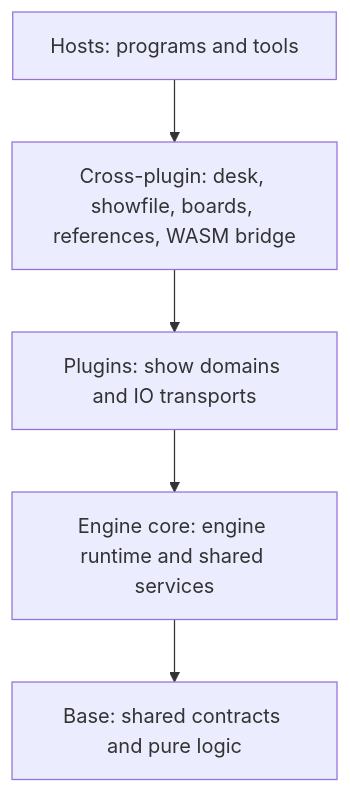
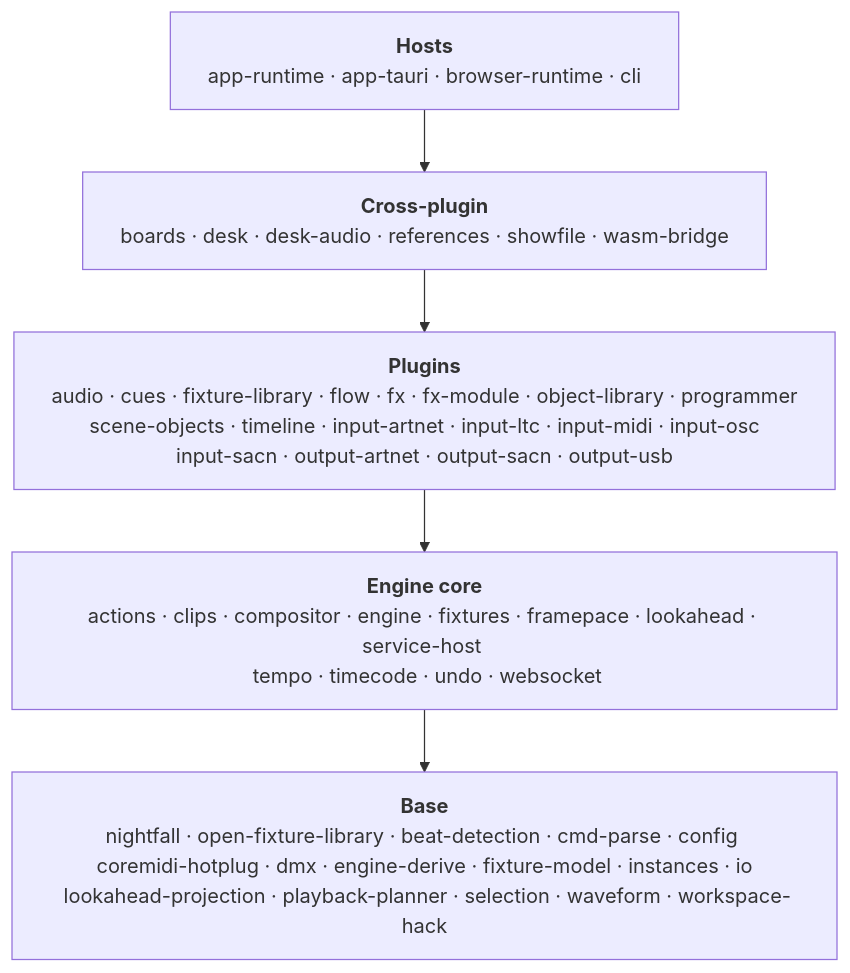
Before and after one commit to stewartadam/nightfall-lightdesk: the diagram in docs/internal/src/architecture/crate-map.md, drawn with Mermaid. The commit also changed other lines of this file, not shown here.

First line of the commit message:
docs(developer-guide): list crates in the crate layers diagram

````diff
--- a/docs/internal/src/architecture/crate-map.md
+++ b/docs/internal/src/architecture/crate-map.md
@@ -16,11 +13,16 @@
 ```mermaid
+---
+config:
+  flowchart:
+    wrappingWidth: 600
+---
 flowchart TB
-  accTitle: Crate layers and allowed dependencies
-  accDescr: Host crates may depend on cross-plugin crates, which may depend on plugin crates, which may depend on engine core crates, which may depend on base crates. Each layer may also depend on any layer further down. Plugin crates may not depend on other plugin crates.
-  hosts[Hosts: programs and tools]
-  crossPlugin[Cross-plugin: desk, showfile, boards, references, WASM bridge]
-  plugins[Plugins: show domains and IO transports]
-  engineCore[Engine core: engine runtime and shared services]
-  base[Base: shared contracts and pure logic]
+  accTitle: Crate layers, their crates, and allowed dependencies
+  accDescr: Five layers from hosts down to base, each listing its crates. Each layer may depend on any layer below it. Plugin crates may not depend on other plugin crates.
+  hosts["<b>Hosts</b><br/>app-runtime · app-tauri · browser-runtime · cli"]
+  crossPlugin["<b>Cross-plugin</b><br/>boards · desk · desk-audio · references · showfile · wasm-bridge"]
+  plugins["<b>Plugins</b><br/>audio · cues · fixture-library · flow · fx · fx-module · object-library · programmer <br/> scene-objects · timeline · input-artnet · input-ltc · input-midi · input-osc <br /> input-sacn · output-artnet · output-sacn · output-usb"]
+  engineCore["<b>Engine core</b><br/>actions · clips · compositor · engine · fixtures · framepace · lookahead · service-host <br /> tempo · timecode · undo · websocket"]
+  base["<b>Base</b><br/>nightfall · open-fixture-library · beat-detection · cmd-parse · config <br /> coremidi-hotplug · dmx · engine-derive · fixture-model · instances · io <br /> lookahead-projection · playback-planner · selection · waveform · workspace-hack"]
   hosts --> crossPlugin --> plugins --> engineCore --> base
 ```
````
